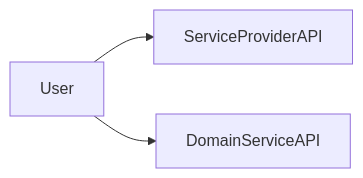
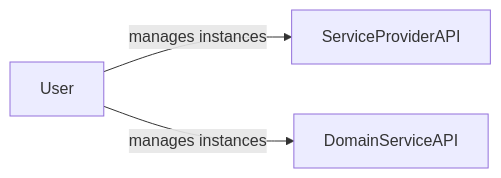
One commit to openmcp-project/docs changed the first of 7 diagrams in docs/about/design/service-provider-design.md. Above: the diagram before and after it, drawn with Mermaid. The commit also changed other lines of this file, not shown here.

````diff
--- a/docs/about/design/service-provider-design.md
+++ b/docs/about/design/service-provider-design.md
@@ -29,8 +27,8 @@
 ```mermaid
 graph LR
     USR[User]
     SPA[ServiceProviderAPI]
     DSA[DomainServiceAPI]
-    USR --> SPA
-    USR --> DSA
+    USR -->|manages instances|SPA
+    USR -->|manages instances|DSA
 ```
````
